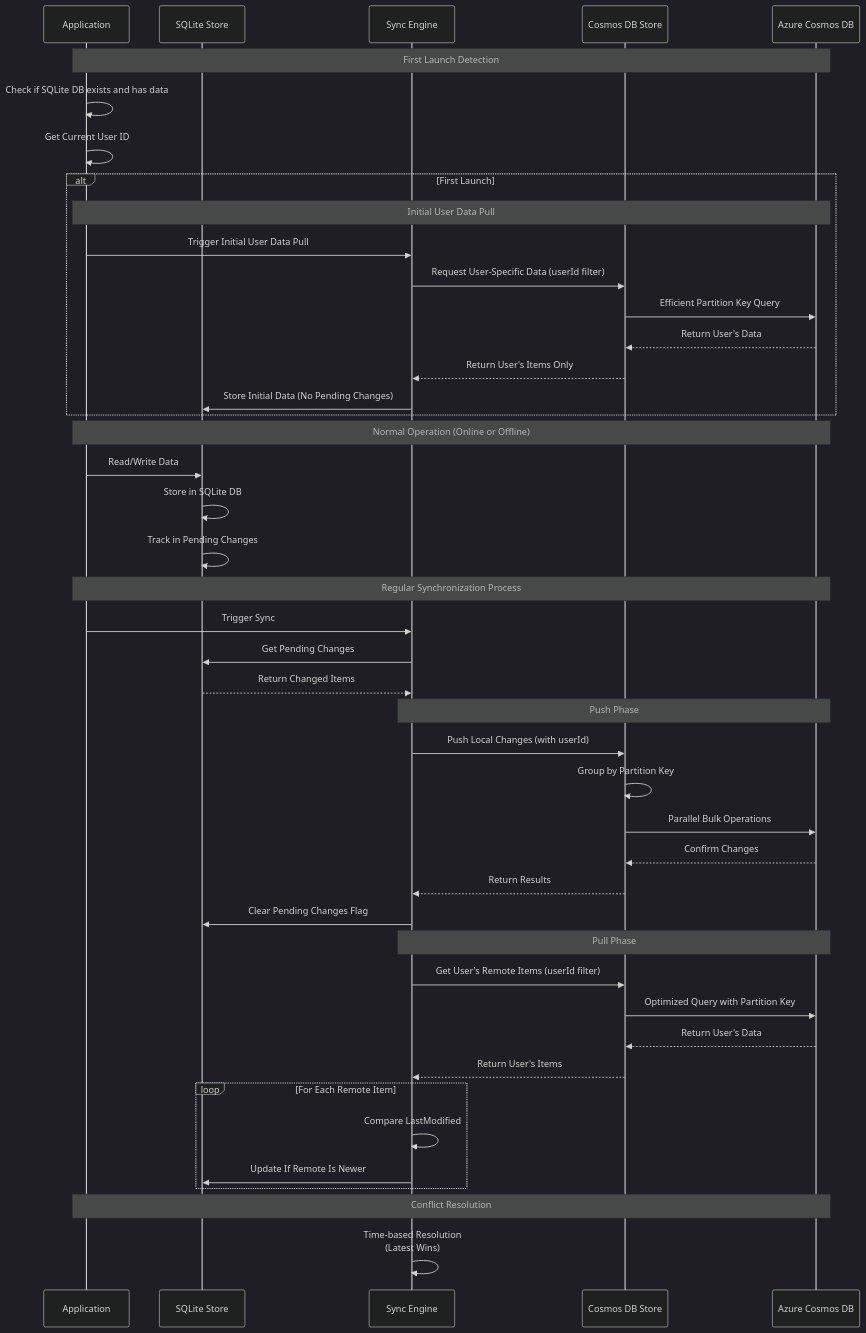
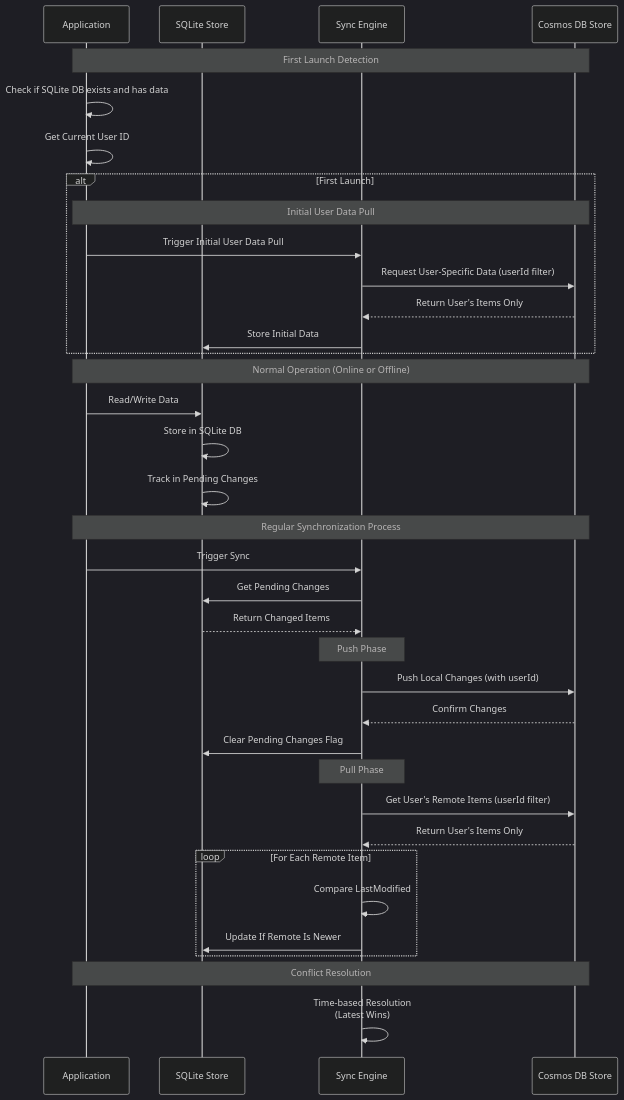
The second of 2 diagrams in README.md (madhugilla/customsync), drawn with Mermaid (dark theme) before and after one commit. The commit also changed other lines of this file, not shown here.

Commit message:
docs: Update README to enhance synchronization process details, including batch preparation and local database structure

````diff
--- a/README.md
+++ b/README.md
@@ -98,54 +93,46 @@
 ```mermaid
 sequenceDiagram
     participant App as Application
     participant Local as SQLite Store
     participant Sync as Sync Engine
     participant Remote as Cosmos DB Store
-    participant Cosmos as Azure Cosmos DB
     
-    Note over App,Cosmos: First Launch Detection
+    Note over App,Remote: First Launch Detection
     App->>App: Check if SQLite DB exists and has data
     App->>App: Get Current User ID
     
     alt First Launch
-        Note over App,Cosmos: Initial User Data Pull
+        Note over App,Remote: Initial User Data Pull
         App->>Sync: Trigger Initial User Data Pull
         Sync->>Remote: Request User-Specific Data (userId filter)
-        Remote->>Cosmos: Efficient Partition Key Query
-        Cosmos-->>Remote: Return User's Data
         Remote-->>Sync: Return User's Items Only
-        Sync->>Local: Store Initial Data (No Pending Changes)
+        Sync->>Local: Store Initial Data
     end
     
-    Note over App,Cosmos: Normal Operation (Online or Offline)
+    Note over App,Remote: Normal Operation (Online or Offline)
     App->>Local: Read/Write Data
     Local->>Local: Store in SQLite DB
     Local->>Local: Track in Pending Changes
     
-    Note over App,Cosmos: Regular Synchronization Process
+    Note over App,Remote: Regular Synchronization Process
     App->>Sync: Trigger Sync
     Sync->>Local: Get Pending Changes
     Local-->>Sync: Return Changed Items
     
-    Note over Sync,Cosmos: Push Phase
+    Note over Sync: Push Phase
     Sync->>Remote: Push Local Changes (with userId)
-    Remote->>Remote: Group by Partition Key
-    Remote->>Cosmos: Parallel Bulk Operations
-    Cosmos-->>Remote: Confirm Changes
-    Remote-->>Sync: Return Results
+    Remote-->>Sync: Confirm Changes
     Sync->>Local: Clear Pending Changes Flag
     
-    Note over Sync,Cosmos: Pull Phase
+    Note over Sync: Pull Phase
     Sync->>Remote: Get User's Remote Items (userId filter)
-    Remote->>Cosmos: Optimized Query with Partition Key
-    Cosmos-->>Remote: Return User's Data
-    Remote-->>Sync: Return User's Items
+    Remote-->>Sync: Return User's Items Only
     
     loop For Each Remote Item
         Sync->>Sync: Compare LastModified
         Sync->>Local: Update If Remote Is Newer
     end
     
-    Note over App,Cosmos: Conflict Resolution
+    Note over App,Remote: Conflict Resolution
     Sync->>Sync: Time-based Resolution<br/>(Latest Wins)
 ```
````
